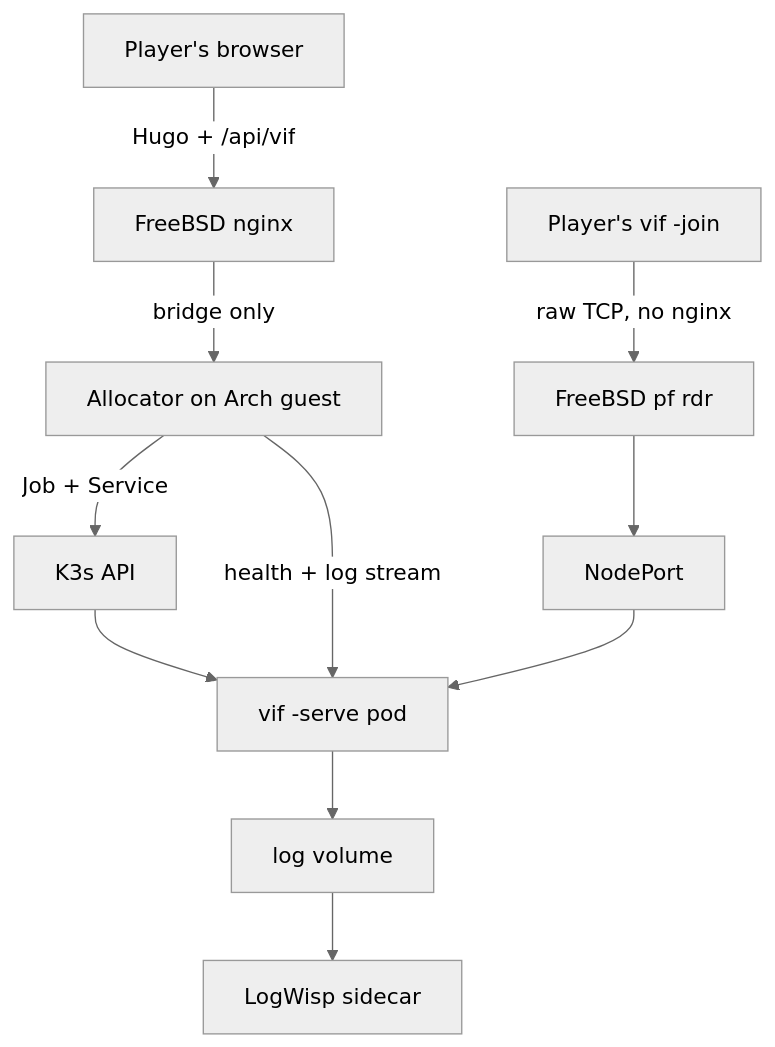
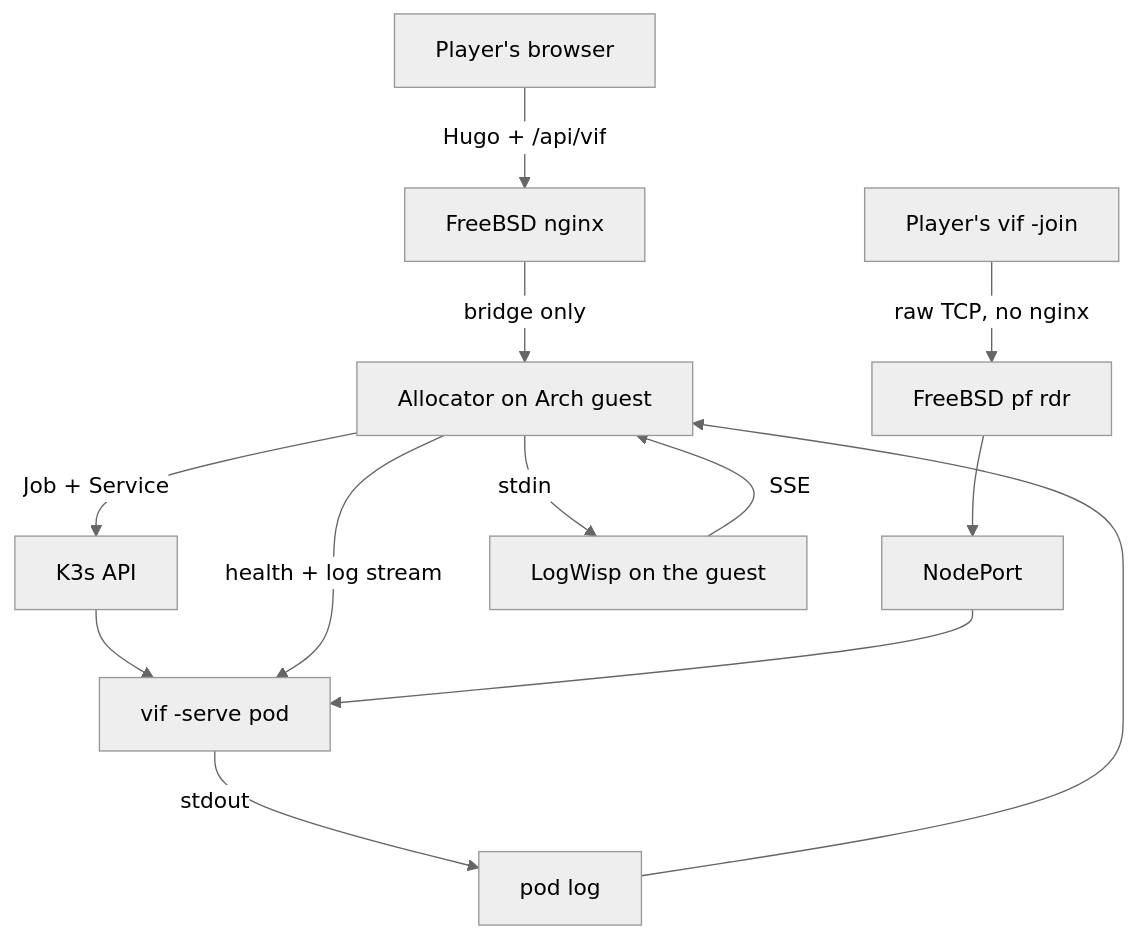
Before and after one commit to lixenwraith/vi-fighter: the diagram in doc/kube_docker_deploy.md, drawn with Mermaid (neutral theme). The commit also changed other lines of this file and 7 other files, not shown here.

````diff
--- a/doc/kube_docker_deploy.md
+++ b/doc/kube_docker_deploy.md
@@ -39,10 +40,11 @@
 ```mermaid
 flowchart TD
     Browser["Player's browser"] -->|"Hugo + /api/vif"| Site["FreeBSD nginx"]
     Site -->|"bridge only"| Alloc["Allocator on Arch guest"]
     Alloc -->|"Job + Service"| API["K3s API"]
     API --> Pod["vif -serve pod"]
     Alloc -->|"health + log stream"| Pod
     Term["Player's vif -join"] -->|"raw TCP, no nginx"| PF["FreeBSD pf rdr"] --> NP["NodePort"] --> Pod
-    Pod --> Vol["log volume"] --> Wisp["LogWisp sidecar"]
+    Pod -->|"stdout"| Log["pod log"] --> Alloc
+    Alloc -->|"stdin"| Wisp["LogWisp on the guest"] -->|"SSE"| Alloc
 ```
````
